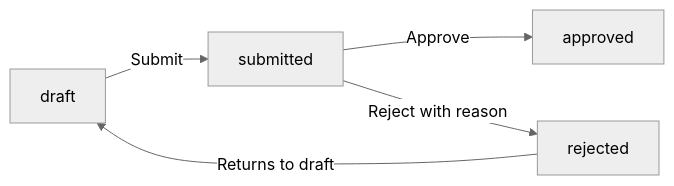
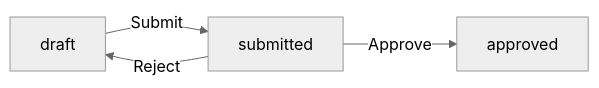
One commit to wrtnlabs/autobe-examples changed diagram 13 of 14 in z-ai/glm-5/erp/docs/analysis/02-domain-model.md. Above: the diagram before and after it, drawn with Mermaid (neutral theme). The commit also changed other lines of this file and 3761 other files, not shown here.

````diff
--- a/z-ai/glm-5/erp/docs/analysis/02-domain-model.md
+++ b/z-ai/glm-5/erp/docs/analysis/02-domain-model.md
@@ -898,7 +835,6 @@
 ```mermaid
 flowchart LR
     A["draft"] -->|"Submit"| B["submitted"]
     B -->|"Approve"| C["approved"]
-    B -->|"Reject with reason"| D["rejected"]
-    D -->|"Returns to draft"| A
+    B -->|"Reject"| A
 ```
````
